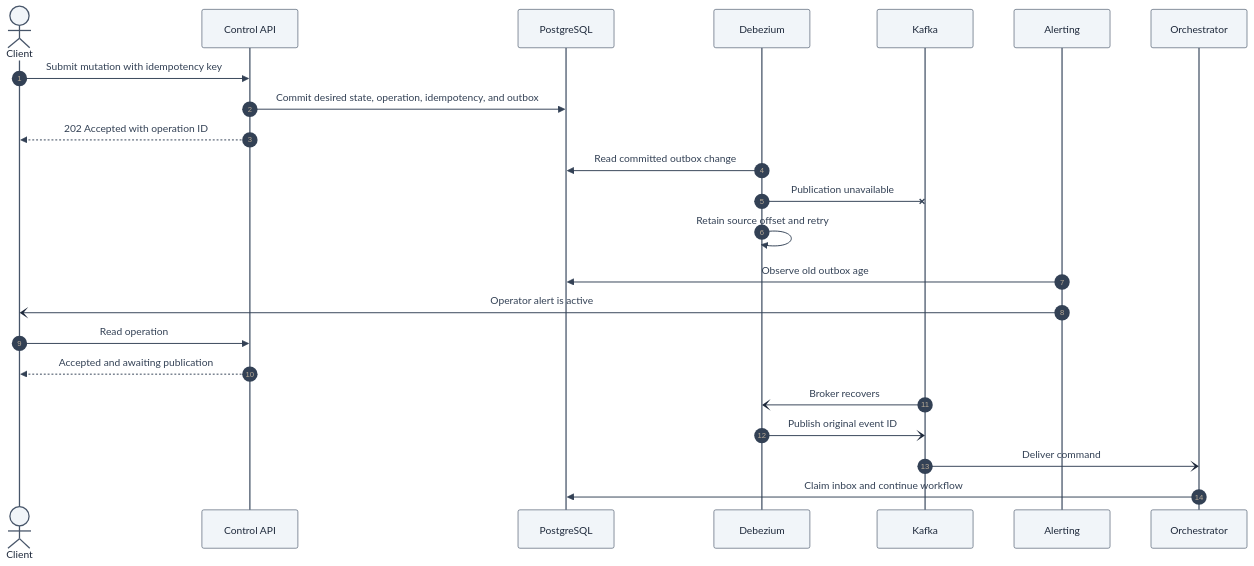
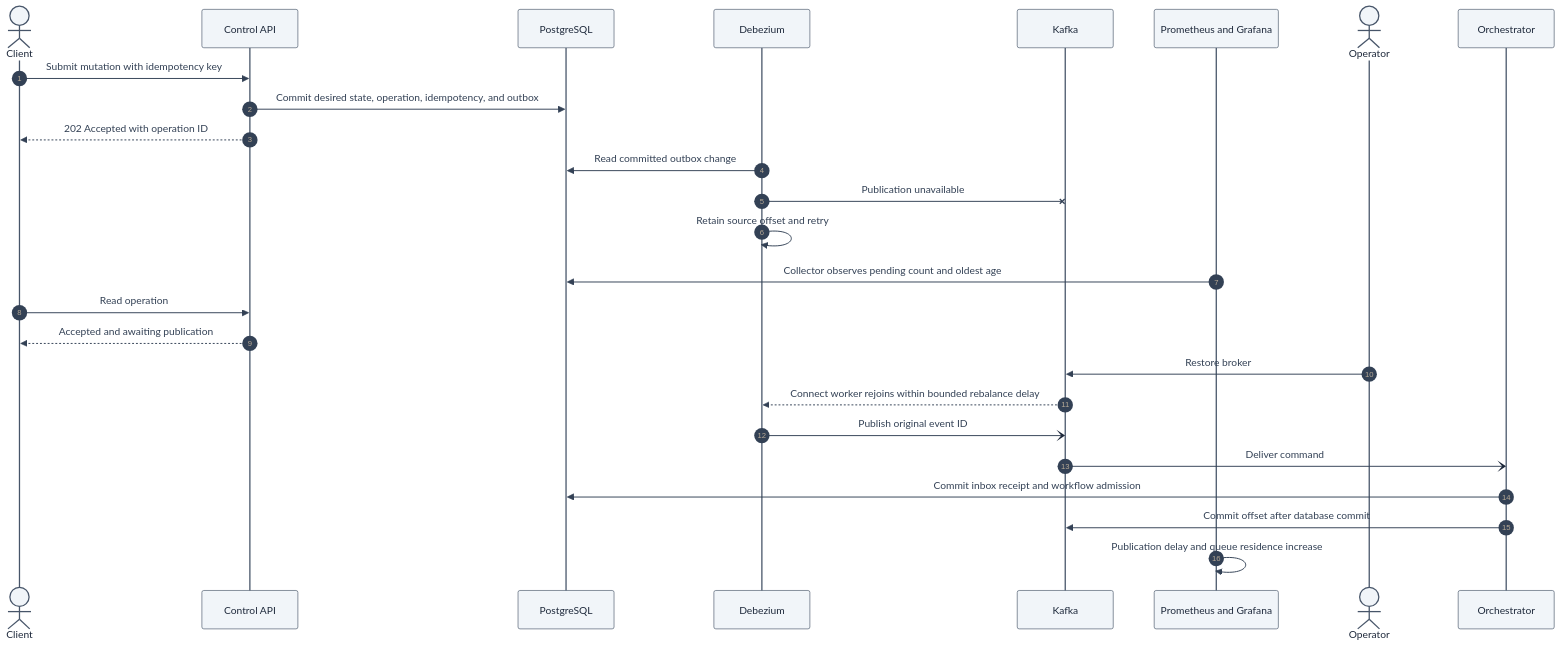
Before and after one commit to maher-elattar/private-cloud-control-plane: the diagram in docs/diagrams/mermaid/kafka-unavailable.mmd, drawn with Mermaid. The commit also changed 25 other files, not shown here.

Commit message:
docs: add phase 4 operational diagrams

```diff
--- a/docs/diagrams/mermaid/kafka-unavailable.mmd
+++ b/docs/diagrams/mermaid/kafka-unavailable.mmd
@@ -1,25 +1,28 @@
 %%{init: {"theme":"base","themeVariables":{"fontFamily":"Inter, Arial, sans-serif","primaryColor":"#dbeafe","primaryBorderColor":"#1e40af","primaryTextColor":"#1e293b","lineColor":"#475569","actorBkg":"#f1f5f9","actorBorder":"#475569","actorTextColor":"#1e293b","signalColor":"#334155","signalTextColor":"#334155","noteBkgColor":"#fef9c3","noteBorderColor":"#854d0e","noteTextColor":"#1e293b","activationBkgColor":"#dbeafe","activationBorderColor":"#1e40af","labelBoxBkgColor":"#f1f5f9","labelBoxBorderColor":"#475569","labelTextColor":"#1e293b"},"sequence":{"useMaxWidth":false,"diagramMarginX":32,"diagramMarginY":24,"actorMargin":64,"width":150,"height":60,"messageMargin":36,"noteMargin":12}}}%%
 sequenceDiagram
     autonumber
     actor Client
     participant API as Control API
     participant DB as PostgreSQL
     participant CDC as Debezium
     participant Kafka
-    participant Alert as Alerting
+    participant View as Prometheus and Grafana
+    actor Operator
     participant Orch as Orchestrator
 
     Client->>API: Submit mutation with idempotency key
     API->>DB: Commit desired state, operation, idempotency, and outbox
     API-->>Client: 202 Accepted with operation ID
     CDC->>DB: Read committed outbox change
     CDC-xKafka: Publication unavailable
     CDC->>CDC: Retain source offset and retry
-    Alert->>DB: Observe old outbox age
-    Alert-)Client: Operator alert is active
+    View->>DB: Collector observes pending count and oldest age
     Client->>API: Read operation
     API-->>Client: Accepted and awaiting publication
-    Kafka-)CDC: Broker recovers
+    Operator->>Kafka: Restore broker
+    Kafka-->>CDC: Connect worker rejoins within bounded rebalance delay
     CDC-)Kafka: Publish original event ID
     Kafka-)Orch: Deliver command
-    Orch->>DB: Claim inbox and continue workflow
+    Orch->>DB: Commit inbox receipt and workflow admission
+    Orch->>Kafka: Commit offset after database commit
+    View->>View: Publication delay and queue residence increase
```
